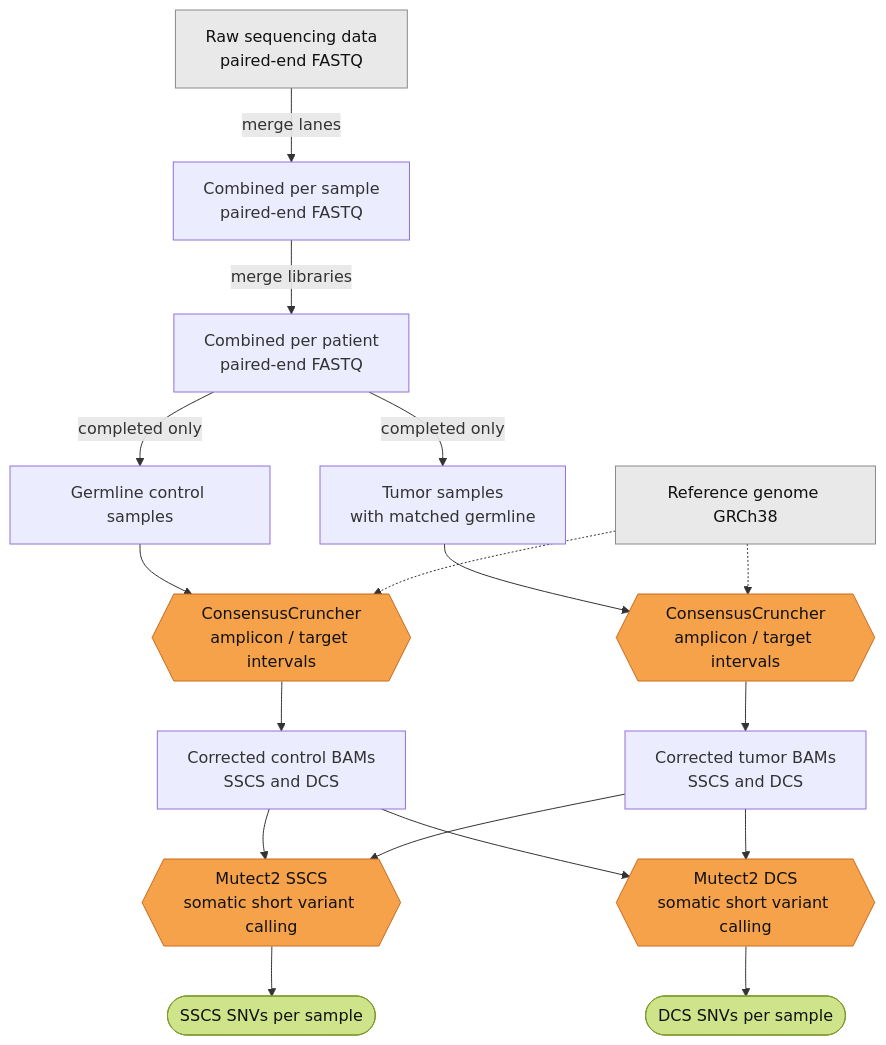
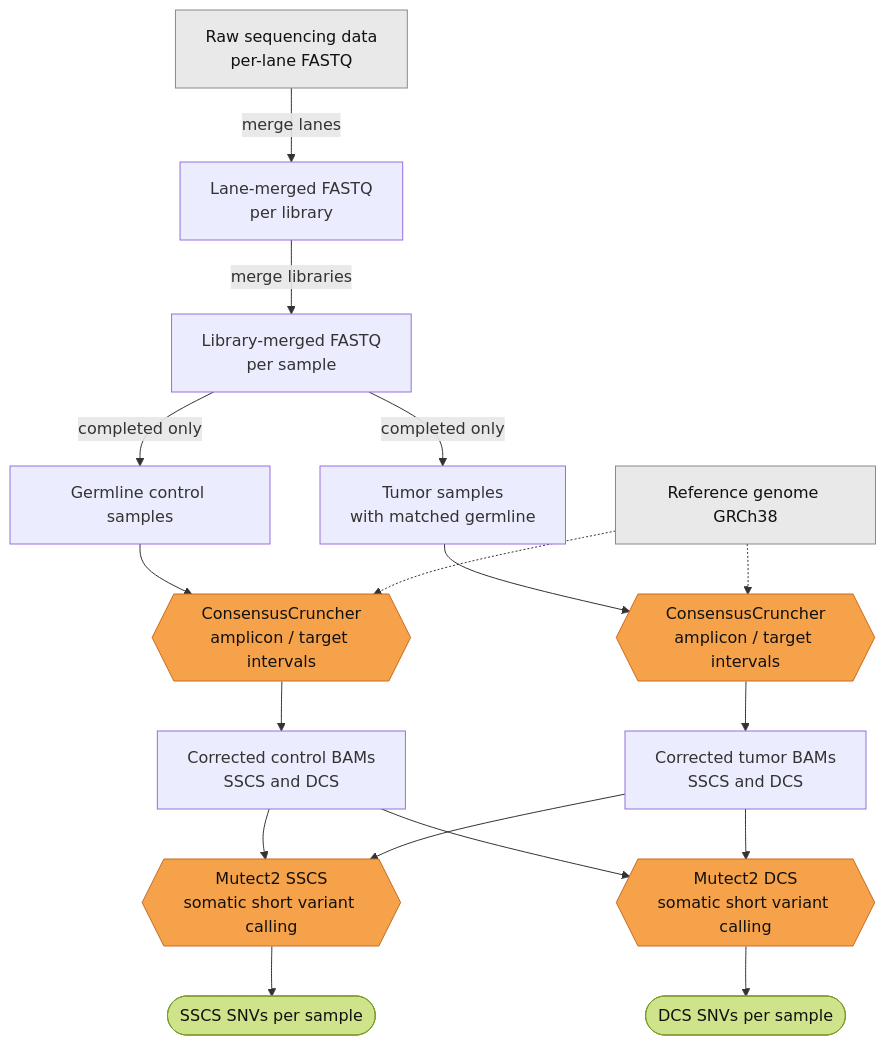
The diagram in README.md (tingliu-bio/ctdna-somatic-pipeline), drawn with Mermaid before and after one commit.

````diff
--- a/README.md
+++ b/README.md
@@ -11,36 +11,36 @@
 ```mermaid
 flowchart TD
-    RAW[Raw sequencing data<br>paired-end FASTQ]:::io
-    S1[Combined per sample<br>paired-end FASTQ]
-    S2[Combined per patient<br>paired-end FASTQ]
+    RAW[Raw sequencing data<br>per-lane FASTQ]:::io
+    S1[Lane-merged FASTQ<br>per library]
+    S2[Library-merged FASTQ<br>per sample]
 
     RAW -->|merge lanes| S1
     S1 -->|merge libraries| S2
 
     S2 -->|completed only| GL[Germline control samples]
     S2 -->|completed only| TU[Tumor samples<br>with matched germline]
 
     REF[Reference genome GRCh38]:::io
     CC1{{ConsensusCruncher<br>amplicon / target intervals}}:::tool
     CC2{{ConsensusCruncher<br>amplicon / target intervals}}:::tool
 
     GL --> CC1 --> GLBAM[Corrected control BAMs<br>SSCS and DCS]
     TU --> CC2 --> TUBAM[Corrected tumor BAMs<br>SSCS and DCS]
     REF -.-> CC1
     REF -.-> CC2
 
     GLBAM --> M2S
     TUBAM --> M2S
     GLBAM --> M2D
     TUBAM --> M2D
 
     M2S{{Mutect2 SSCS<br>somatic short variant calling}}:::tool
     M2D{{Mutect2 DCS<br>somatic short variant calling}}:::tool
 
     M2S --> OUTS([SSCS SNVs per sample]):::out
     M2D --> OUTD([DCS SNVs per sample]):::out
 
     classDef tool fill:#f6a24a,stroke:#c76b1f,color:#111
     classDef out fill:#cfe38a,stroke:#7d9b2c,color:#111
     classDef io fill:#e9e9e9,stroke:#8a8a8a,color:#111
 ```
````
